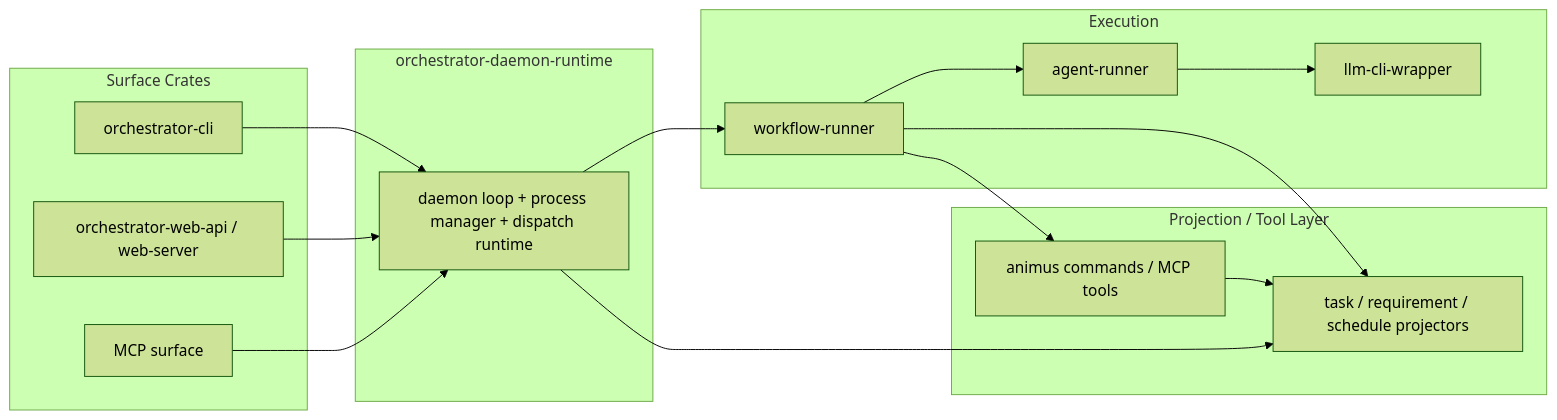
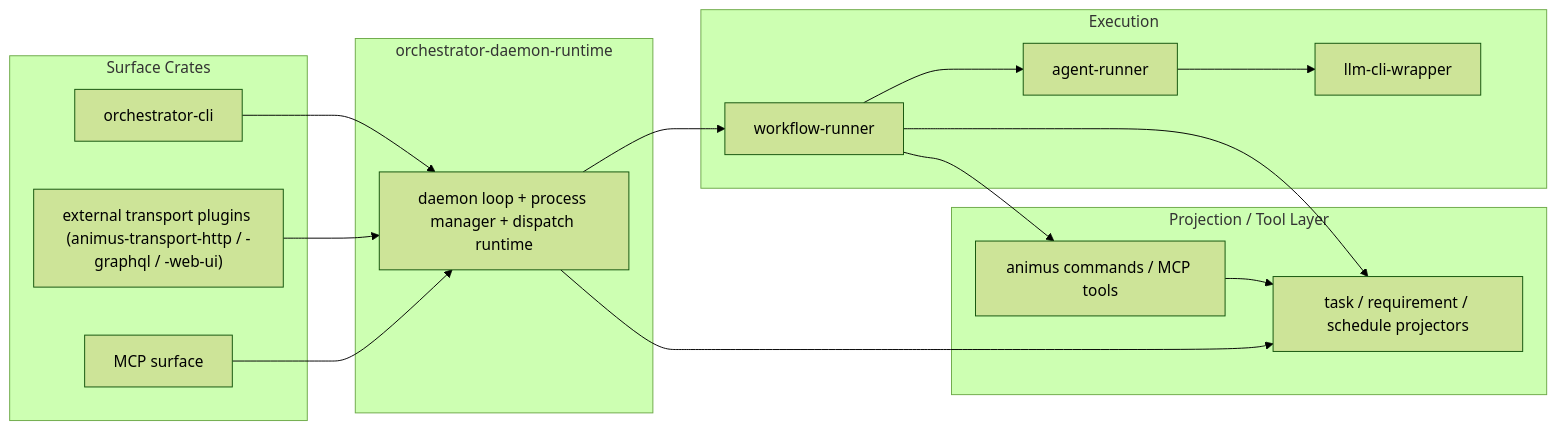
One commit to launchapp-dev/ao-cli changed the second of 2 diagrams in docs/architecture/subject-dispatch-daemon.md. Above: the diagram before and after it, drawn with Mermaid (forest theme). The commit also changed 5138 other files, not shown here.

````diff
--- a/docs/architecture/subject-dispatch-daemon.md
+++ b/docs/architecture/subject-dispatch-daemon.md
@@ -143,35 +143,35 @@
 ```mermaid
 flowchart LR
   subgraph Surface["Surface Crates"]
     CLI["orchestrator-cli"]
-    WEB["orchestrator-web-api / web-server"]
+    WEB["external transport plugins (animus-transport-http / -graphql / -web-ui)"]
     MCP["MCP surface"]
   end
 
   subgraph Projection["Projection / Tool Layer"]
     PROJ["task / requirement / schedule projectors"]
     TOOLS["animus commands / MCP tools"]
   end
 
   subgraph Daemon["orchestrator-daemon-runtime"]
     DRT["daemon loop + process manager + dispatch runtime"]
   end
 
   subgraph Workflow["Execution"]
     WFR["workflow-runner"]
     AR["agent-runner"]
     WRAP["llm-cli-wrapper"]
   end
 
   CLI --> DRT
   WEB --> DRT
   MCP --> DRT
   DRT --> WFR
   WFR --> AR
   AR --> WRAP
 
   DRT --> PROJ
   WFR --> PROJ
   WFR --> TOOLS
   TOOLS --> PROJ
 ```
````
